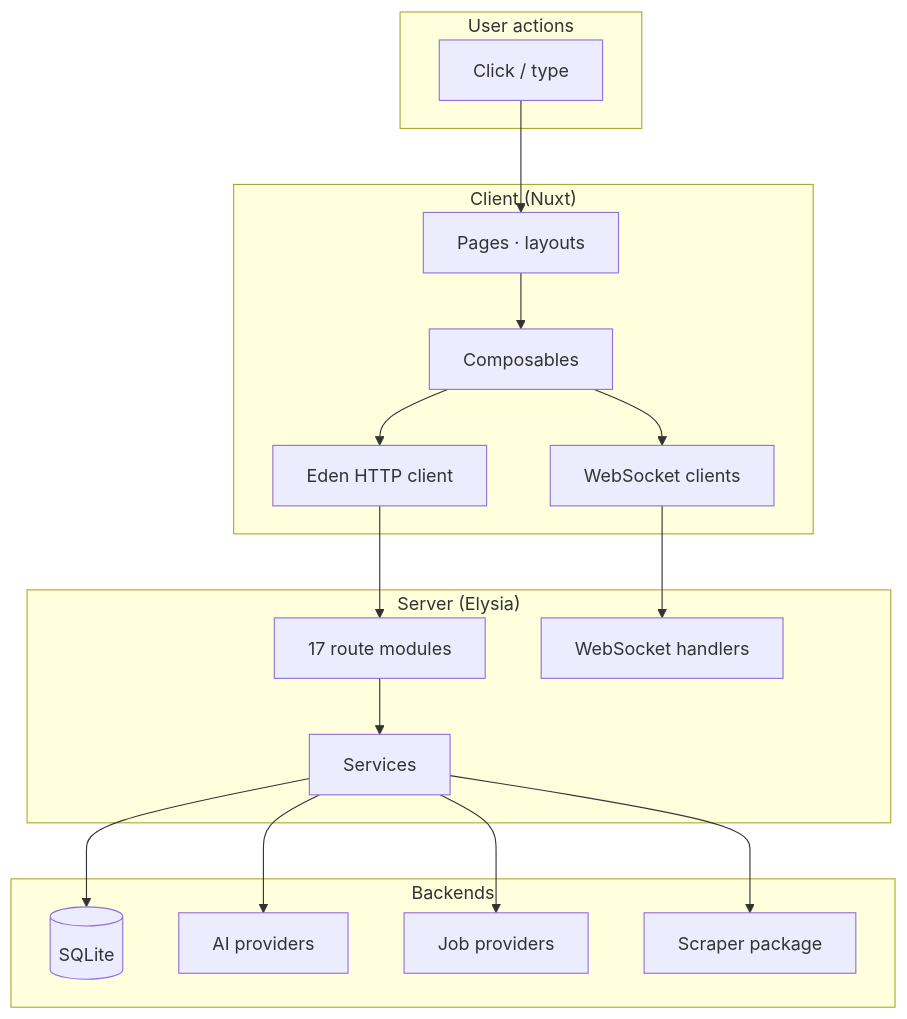
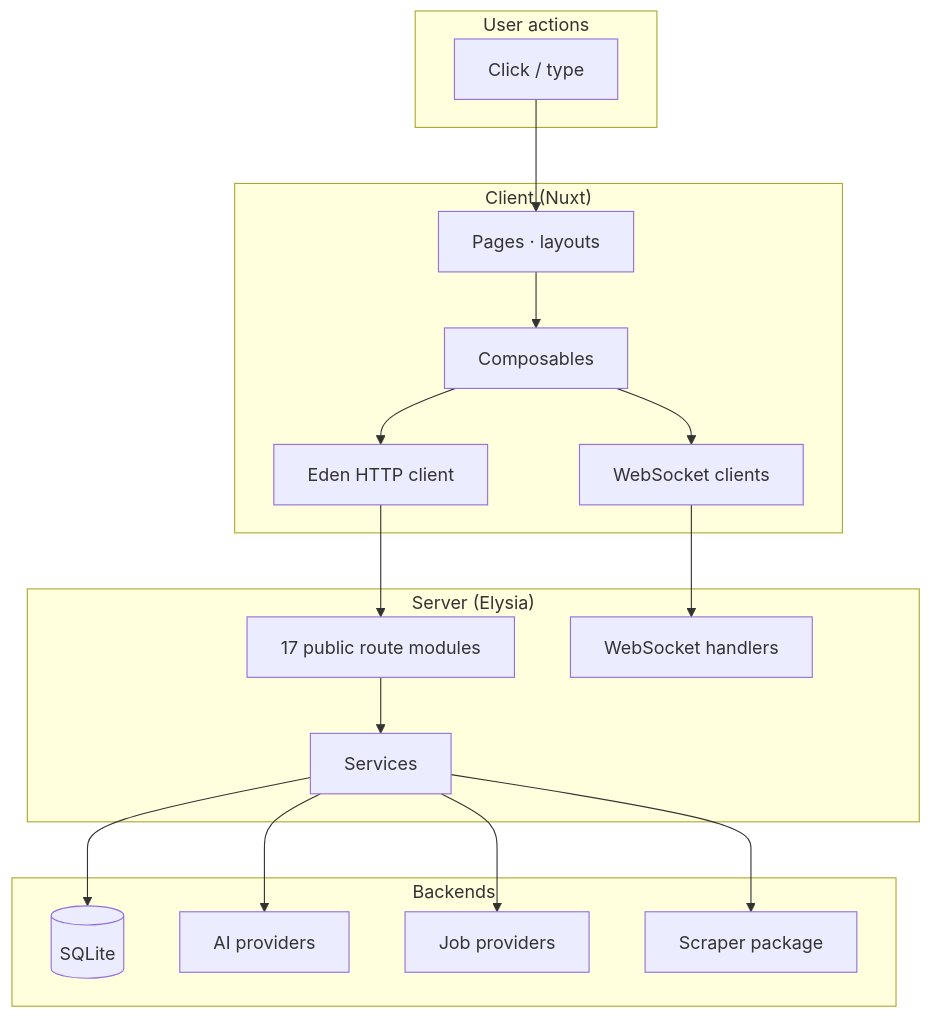
The second of 9 diagrams in docs/ELI5_SYSTEM_WALKTHROUGH.md (d4551/baobuildbuddy), drawn with Mermaid before and after one commit. The commit also changed 49 other files, not shown here.

````diff
--- a/docs/ELI5_SYSTEM_WALKTHROUGH.md
+++ b/docs/ELI5_SYSTEM_WALKTHROUGH.md
@@ -40,38 +40,38 @@
 ```mermaid
 flowchart TD
   subgraph User["User actions"]
     Click["Click / type"]
   end
 
   subgraph ClientLayer["Client (Nuxt)"]
     Pages["Pages · layouts"]
     Composables["Composables"]
     Eden["Eden HTTP client"]
     WS["WebSocket clients"]
   end
 
   subgraph ServerLayer["Server (Elysia)"]
-    Routes["17 route modules"]
+    Routes["17 public route modules"]
     Services["Services"]
     WSHandlers["WebSocket handlers"]
   end
 
   subgraph Backends["Backends"]
     DB[("SQLite")]
     AIProv["AI providers"]
     JobProv["Job providers"]
     ScraperPkg["Scraper package"]
   end
 
   Click --> Pages
   Pages --> Composables
   Composables --> Eden
   Composables --> WS
   Eden --> Routes
   WS --> WSHandlers
   Routes --> Services
   Services --> DB
   Services --> AIProv
   Services --> JobProv
   Services --> ScraperPkg
 ```
````
